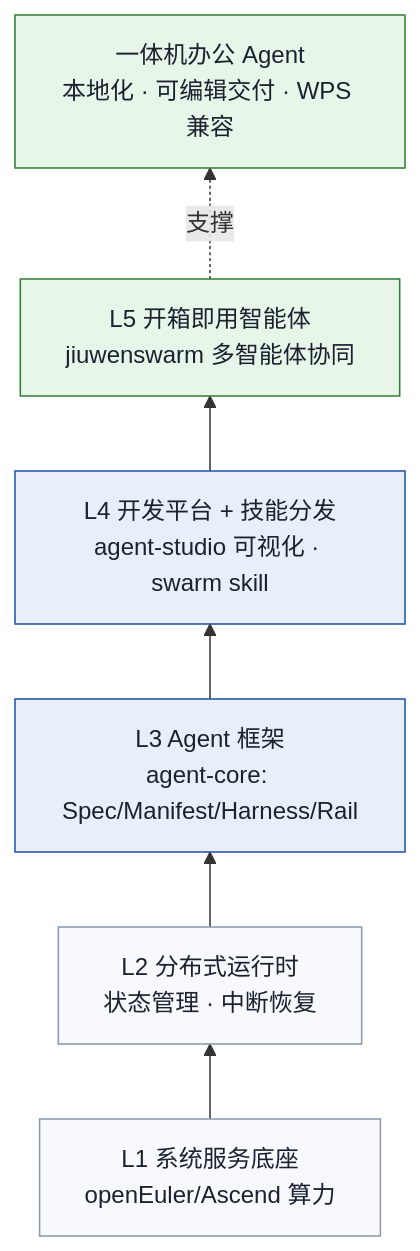
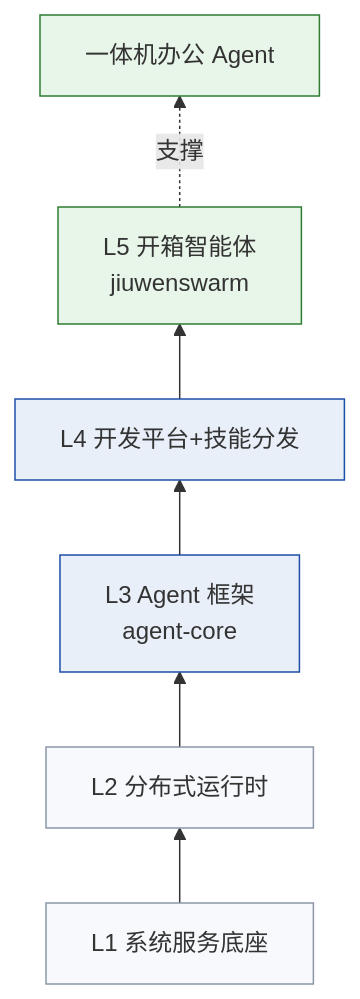
Before and after one commit to int2t05/internship: the sixth of 13 diagrams in manuscript.md, drawn with Mermaid. The commit also changed other lines of this file and 12 other files, not shown here.

````diff
--- a/manuscript.md
+++ b/manuscript.md
@@ -302,16 +285,14 @@
 ```mermaid
 flowchart BT
-    L1["L1 系统服务底座<br/>openEuler/Ascend 算力"]
-    L2["L2 分布式运行时<br/>状态管理 · 中断恢复"]
-    L3["L3 Agent 框架<br/>agent-core: Spec/Manifest/Harness/Rail"]
-    L4["L4 开发平台 + 技能分发<br/>agent-studio 可视化 · swarm skill"]
-    L5["L5 开箱即用智能体<br/>jiuwenswarm 多智能体协同"]
-    L1 --> L2 --> L3 --> L4 --> L5
-    L5 -.支撑.-> P["一体机办公 Agent<br/>本地化 · 可编辑交付 · WPS 兼容"]
-    classDef base fill:#F7F9FC,stroke:#8B97A8,color:#1A2230
-    classDef core fill:#E8EFF8,stroke:#1E4FA8,color:#1A2230
-    classDef app fill:#E8F5E9,stroke:#2E7D32,color:#1A2230
+    L1["L1 系统服务底座"] --> L2["L2 分布式运行时"]
+    L2 --> L3["L3 Agent 框架<br/>agent-core"]
+    L3 --> L4["L4 开发平台+技能分发"]
+    L4 --> L5["L5 开箱智能体<br/>jiuwenswarm"]
+    L5 -.支撑.-> P["一体机办公 Agent"]
+    classDef base fill:#F7F9FC,stroke:#8B97A8
+    classDef core fill:#E8EFF8,stroke:#1E4FA8
+    classDef app fill:#E8F5E9,stroke:#2E7D32
     class L1,L2 base
     class L3,L4 core
     class L5,P app
 ```
````
